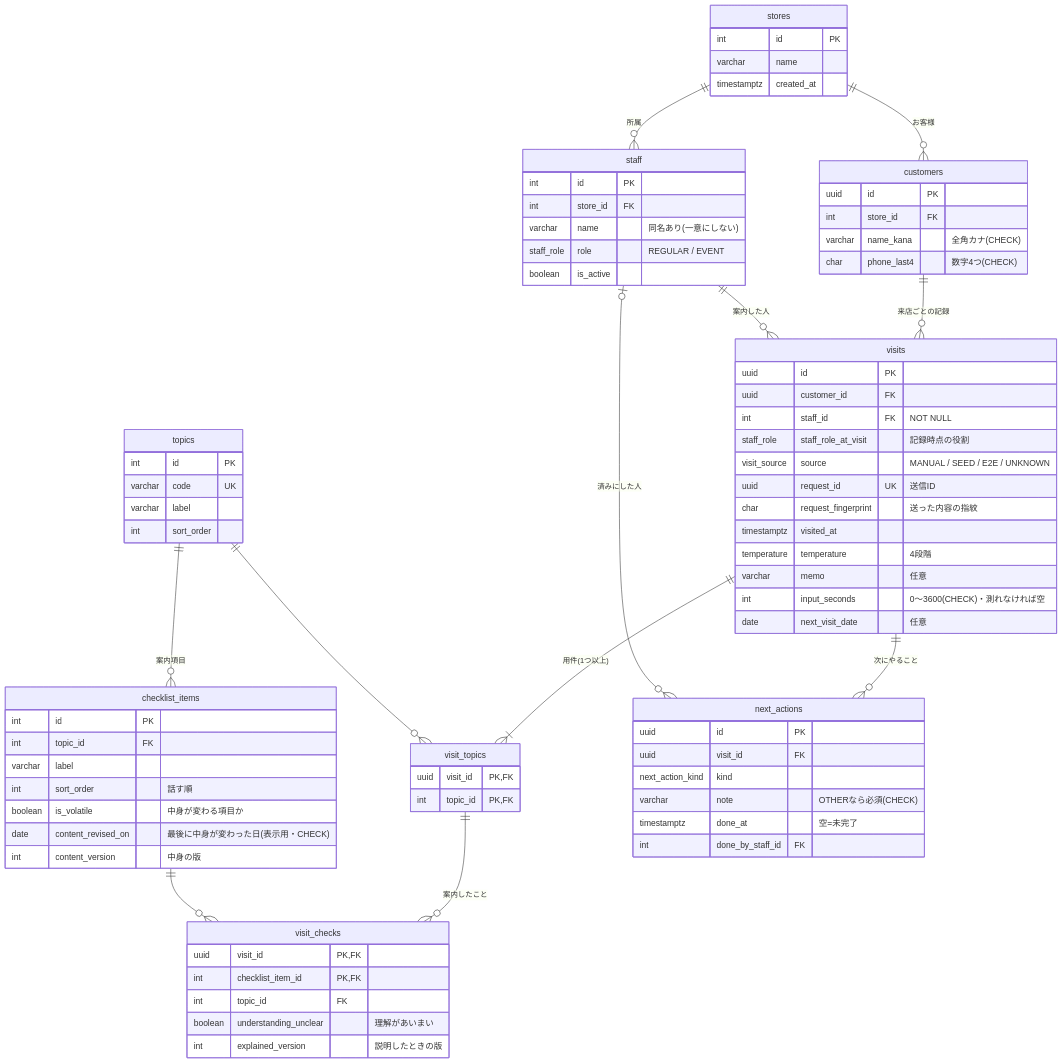
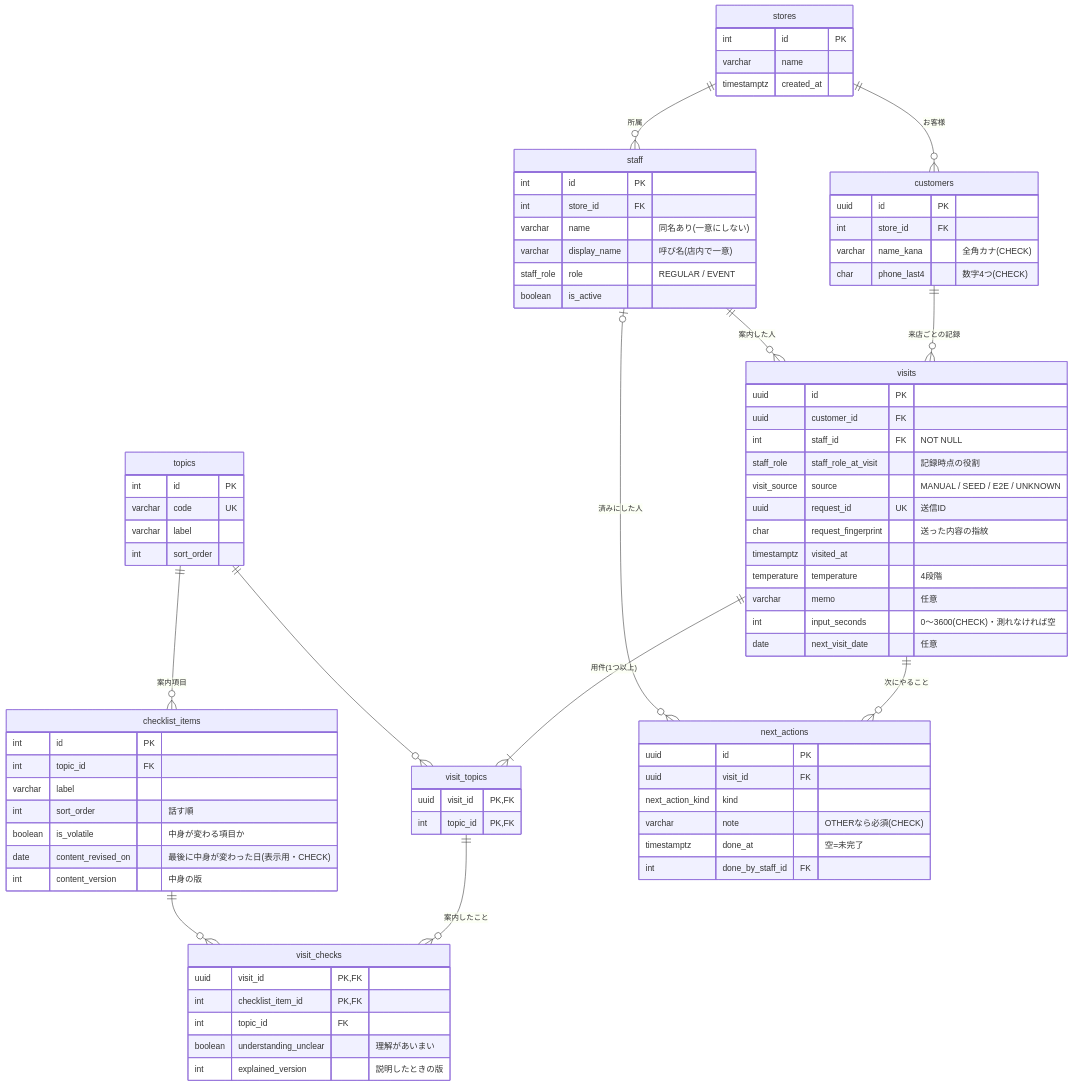
Before and after one commit to TsuIwa/uriba-baton: the diagram in docs/03_DB設計.md, drawn with Mermaid. The commit also changed other lines of this file and 8 other files, not shown here.

````diff
--- a/docs/03_DB設計.md
+++ b/docs/03_DB設計.md
@@ -8,81 +8,82 @@
 ```mermaid
 erDiagram
   stores ||--o{ staff : "所属"
   stores ||--o{ customers : "お客様"
   customers ||--o{ visits : "来店ごとの記録"
   staff ||--o{ visits : "案内した人"
   visits ||--|{ visit_topics : "用件(1つ以上)"
   topics ||--o{ visit_topics : ""
   topics ||--o{ checklist_items : "案内項目"
   visit_topics ||--o{ visit_checks : "案内したこと"
   checklist_items ||--o{ visit_checks : ""
   visits ||--o{ next_actions : "次にやること"
   staff |o--o{ next_actions : "済みにした人"
 
   stores {
     int id PK
     varchar name
     timestamptz created_at
   }
   staff {
     int id PK
     int store_id FK
     varchar name "同名あり(一意にしない)"
+    varchar display_name "呼び名(店内で一意)"
     staff_role role "REGULAR / EVENT"
     boolean is_active
   }
   customers {
     uuid id PK
     int store_id FK
     varchar name_kana "全角カナ(CHECK)"
     char phone_last4 "数字4つ(CHECK)"
   }
   visits {
     uuid id PK
     uuid customer_id FK
     int staff_id FK "NOT NULL"
     staff_role staff_role_at_visit "記録時点の役割"
     visit_source source "MANUAL / SEED / E2E / UNKNOWN"
     uuid request_id UK "送信ID"
     char request_fingerprint "送った内容の指紋"
     timestamptz visited_at
     temperature temperature "4段階"
     varchar memo "任意"
     int input_seconds "0〜3600(CHECK)・測れなければ空"
     date next_visit_date "任意"
   }
   topics {
     int id PK
     varchar code UK
     varchar label
     int sort_order
   }
   checklist_items {
     int id PK
     int topic_id FK
     varchar label
     int sort_order "話す順"
     boolean is_volatile "中身が変わる項目か"
     date content_revised_on "最後に中身が変わった日(表示用・CHECK)"
     int content_version "中身の版"
   }
   visit_topics {
     uuid visit_id PK, FK
     int topic_id PK, FK
   }
   visit_checks {
     uuid visit_id PK, FK
     int checklist_item_id PK, FK
     int topic_id FK
     boolean understanding_unclear "理解があいまい"
     int explained_version "説明したときの版"
   }
   next_actions {
     uuid id PK
     uuid visit_id FK
     next_action_kind kind
     varchar note "OTHERなら必須(CHECK)"
     timestamptz done_at "空=未完了"
     int done_by_staff_id FK
   }
 ```
````
